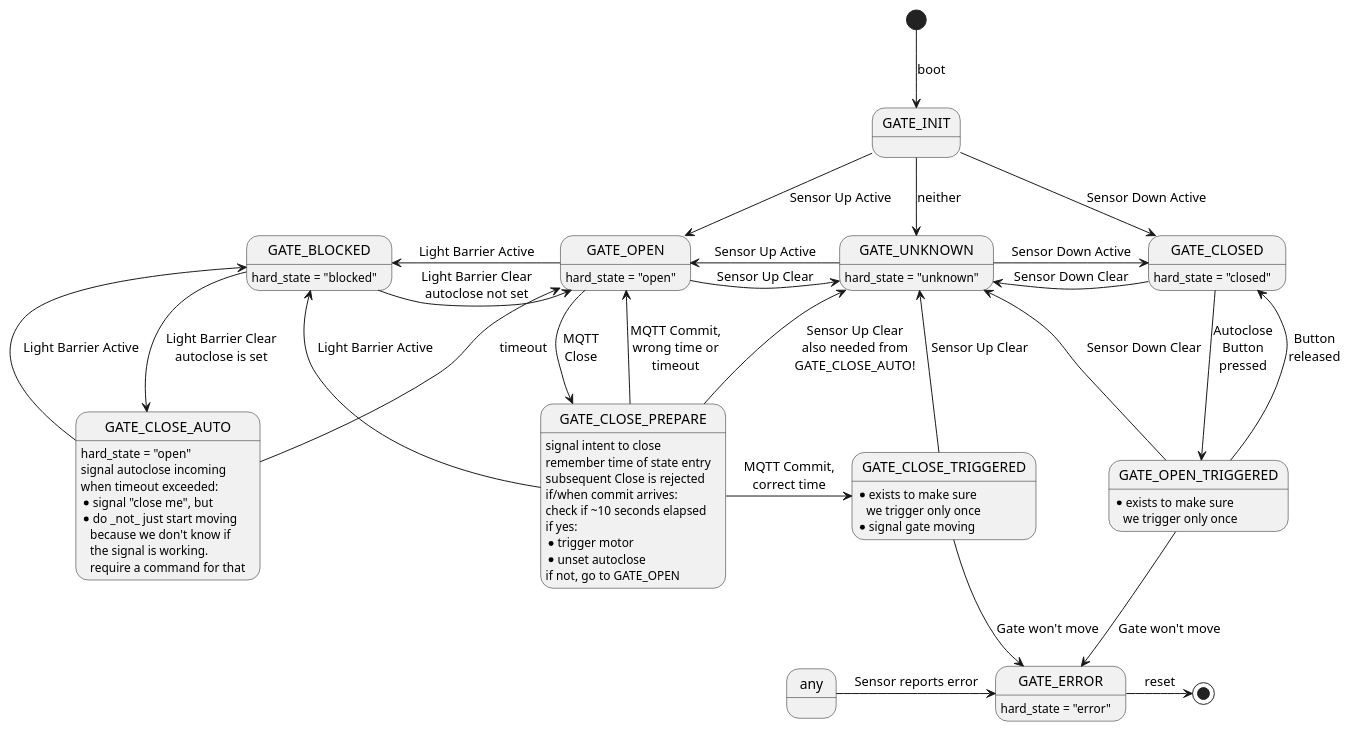
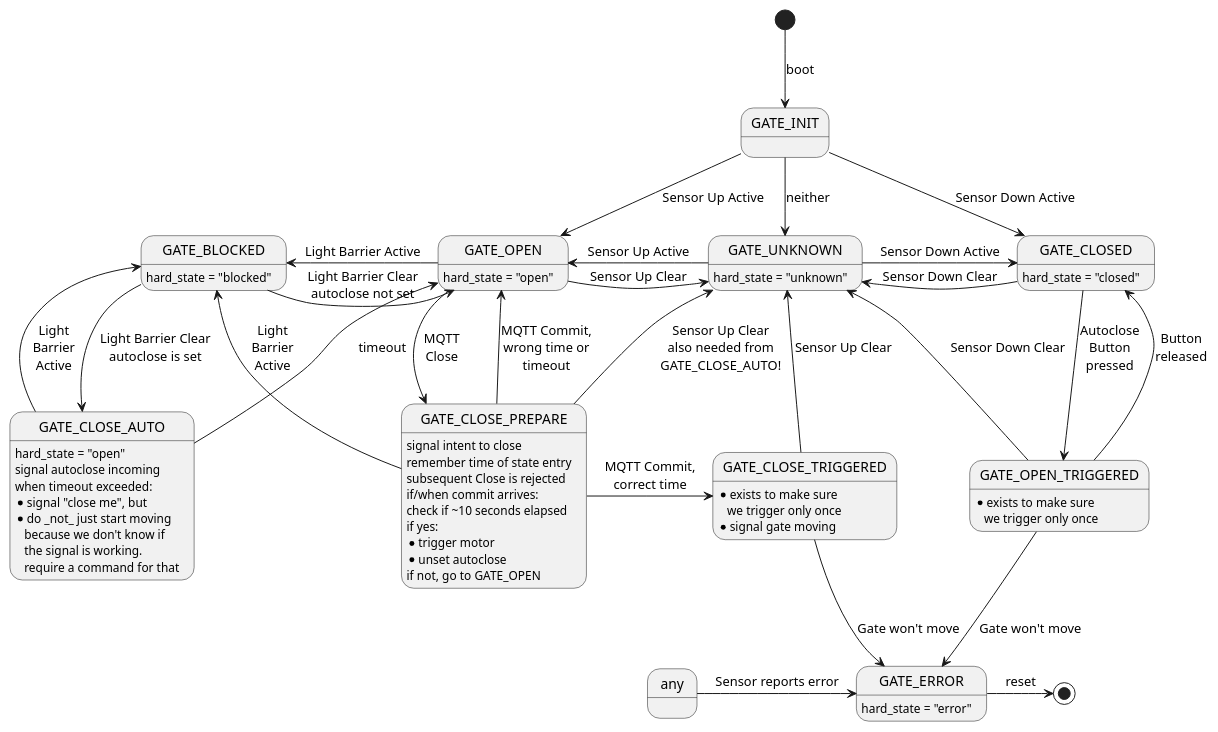
One commit to Svedrin/gatecontrol changed the diagram in docs/statemachine.puml. Above: the diagram before and after it, drawn with PlantUML. The commit also changed 1 other file, not shown here.

```diff
--- a/docs/statemachine.puml
+++ b/docs/statemachine.puml
@@ -1,65 +1,65 @@
 @startuml statemachine
 
 [*] --> GATE_INIT : boot
 
 GATE_INIT    -down-> GATE_CLOSED   : Sensor Down Active
 GATE_INIT    -down-> GATE_OPEN     : Sensor Up Active
 GATE_INIT    -down-> GATE_UNKNOWN  : neither
 
 GATE_BLOCKED -right-> GATE_OPEN    : Light Barrier Clear\nautoclose not set
 GATE_OPEN    -left->  GATE_BLOCKED : Light Barrier Active
 
 GATE_UNKNOWN -right-> GATE_CLOSED  : Sensor Down Active
 GATE_CLOSED  -left->  GATE_UNKNOWN : Sensor Down Clear
 
 GATE_OPEN    -right-> GATE_UNKNOWN : Sensor Up Clear
 GATE_UNKNOWN -left->  GATE_OPEN    : Sensor Up Active
 
 GATE_OPEN:    hard_state = "open"
 GATE_UNKNOWN: hard_state = "unknown"
 GATE_CLOSED:  hard_state = "closed"
 GATE_BLOCKED: hard_state = "blocked"
 
 
 GATE_BLOCKED    -down->  GATE_CLOSE_AUTO    : Light Barrier Clear\nautoclose is set
-GATE_CLOSE_AUTO -up->    GATE_BLOCKED       : Light Barrier Active
+GATE_CLOSE_AUTO -up->    GATE_BLOCKED       : Light\nBarrier\nActive
 GATE_CLOSE_AUTO -up->    GATE_OPEN          : timeout
 GATE_CLOSE_AUTO : hard_state = "open"
 GATE_CLOSE_AUTO : signal autoclose incoming
 GATE_CLOSE_AUTO : when timeout exceeded:
 GATE_CLOSE_AUTO : * signal "close me", but
 GATE_CLOSE_AUTO : * do _not_ just start moving\n   because we don't know if\n   the signal is working.\n   require a command for that
 
 GATE_OPEN    -down->  GATE_CLOSE_PREPARE : MQTT\nClose
 GATE_CLOSE_PREPARE: signal intent to close
 GATE_CLOSE_PREPARE: remember time of state entry
 GATE_CLOSE_PREPARE: subsequent Close is rejected
 GATE_CLOSE_PREPARE: if/when commit arrives:
 GATE_CLOSE_PREPARE: check if ~10 seconds elapsed
 GATE_CLOSE_PREPARE: if yes:
 GATE_CLOSE_PREPARE: * trigger motor
 GATE_CLOSE_PREPARE: * unset autoclose
 GATE_CLOSE_PREPARE: if not, go to GATE_OPEN
 
-GATE_CLOSE_PREPARE   -up->     GATE_BLOCKED         : Light Barrier Active
+GATE_CLOSE_PREPARE   -up->     GATE_BLOCKED         : Light\nBarrier\nActive
 GATE_CLOSE_PREPARE   -up->     GATE_UNKNOWN         : Sensor Up Clear\nalso needed from\nGATE_CLOSE_AUTO!
 GATE_CLOSE_PREPARE   -up->     GATE_OPEN            : MQTT Commit,\nwrong time or\ntimeout
 GATE_CLOSE_PREPARE   -right->  GATE_CLOSE_TRIGGERED : MQTT Commit,\ncorrect time
 
 GATE_CLOSE_TRIGGERED -up->     GATE_UNKNOWN         : Sensor Up Clear
 GATE_CLOSE_TRIGGERED -down->   GATE_ERROR           : Gate won't move
 GATE_CLOSE_TRIGGERED: * exists to make sure\n   we trigger only once
 GATE_CLOSE_TRIGGERED: * signal gate moving
 
 GATE_ERROR           -right->  [*] : reset
 GATE_ERROR: hard_state = "error"
 
 GATE_CLOSED         -down-> GATE_OPEN_TRIGGERED : Autoclose\nButton\npressed
 GATE_OPEN_TRIGGERED -up->   GATE_CLOSED         : Button\nreleased
 GATE_OPEN_TRIGGERED -up->   GATE_UNKNOWN        : Sensor Down Clear
 GATE_OPEN_TRIGGERED -down-> GATE_ERROR          : Gate won't move
 GATE_OPEN_TRIGGERED: * exists to make sure\n   we trigger only once
 
 any -right-> GATE_ERROR : Sensor reports error
 
 @enduml
```
